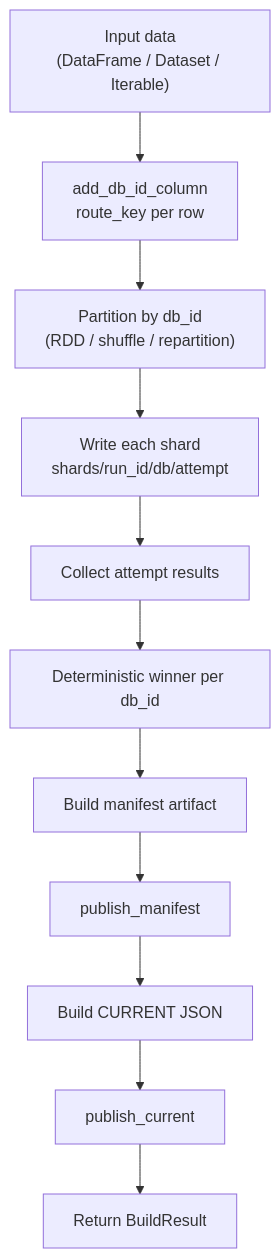
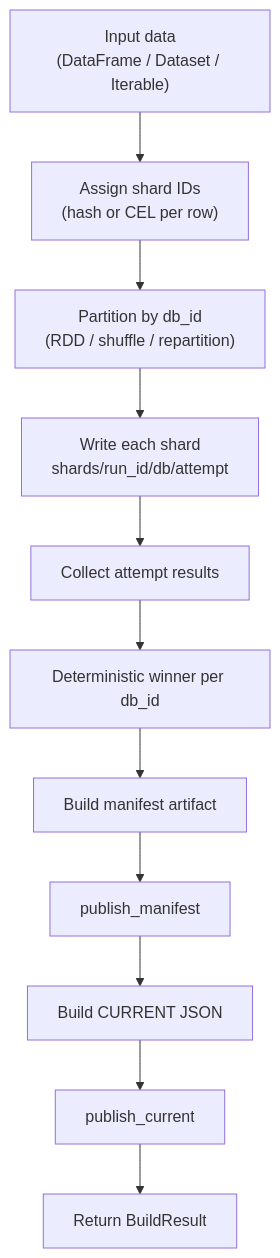
Before and after one commit to elkin/shardyfusion: the second of 4 diagrams in docs/how-it-works.md, drawn with Mermaid. The commit also changed other lines of this file and 6 other files, not shown here.

First line of the commit message:
docs: rewrite per-writer docs as behavioral guides, add CEL sharding coverage

````diff
--- a/docs/how-it-works.md
+++ b/docs/how-it-works.md
@@ -254,13 +347,13 @@
 ```mermaid
 flowchart TD
-    A["Input data<br/>(DataFrame / Dataset / Iterable)"] --> B[add_db_id_column<br/>route_key per row]
+    A["Input data<br/>(DataFrame / Dataset / Iterable)"] --> B["Assign shard IDs<br/>(hash or CEL per row)"]
     B --> C["Partition by db_id<br/>(RDD / shuffle / repartition)"]
     C --> D["Write each shard<br/>shards/run_id/db/attempt"]
     D --> E[Collect attempt results]
     E --> F[Deterministic winner per db_id]
     F --> G[Build manifest artifact]
     G --> H[publish_manifest]
     H --> I[Build CURRENT JSON]
     I --> J[publish_current]
     J --> K[Return BuildResult]
 ```
````
